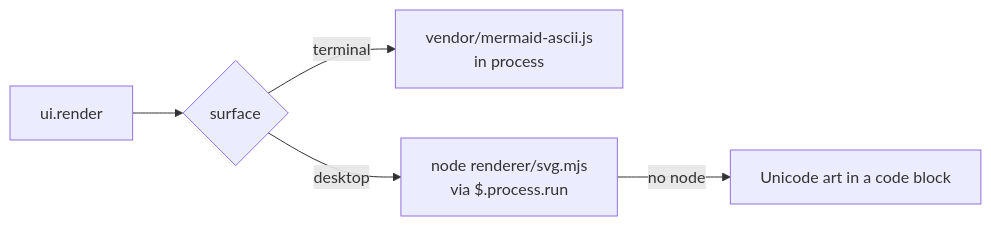
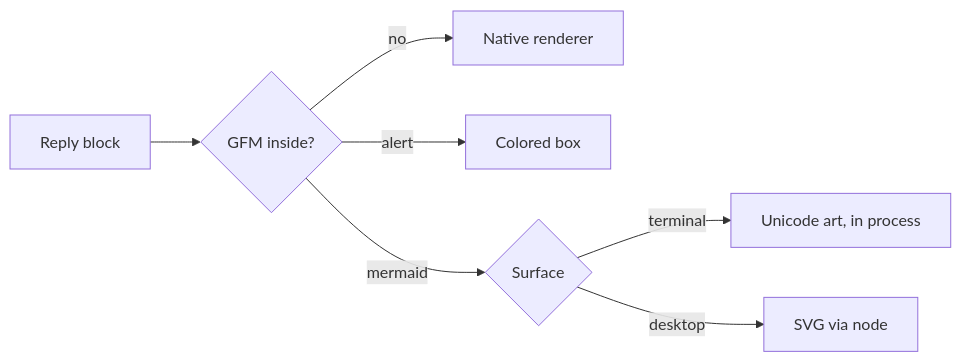
The diagram in README.md (briangtn/claude-gfm-render), drawn with Mermaid before and after one commit. The commit also changed other lines of this file and 1 other file, not shown here.

````diff
--- a/README.md
+++ b/README.md
@@ -106,7 +126,9 @@
 ```mermaid
 graph LR
-  A[ui.render] --> B{surface}
-  B -->|terminal| C[vendor/mermaid-ascii.js<br/>in process]
-  B -->|desktop| D[node renderer/svg.mjs<br/>via $.process.run]
-  D -->|no node| E[Unicode art in a code block]
+  A[Reply block] --> B{GFM inside?}
+  B -->|no| N[Native renderer]
+  B -->|alert| C[Colored box]
+  B -->|mermaid| D{Surface}
+  D -->|terminal| E[Unicode art, in process]
+  D -->|desktop| F[SVG via node]
 ```
````
